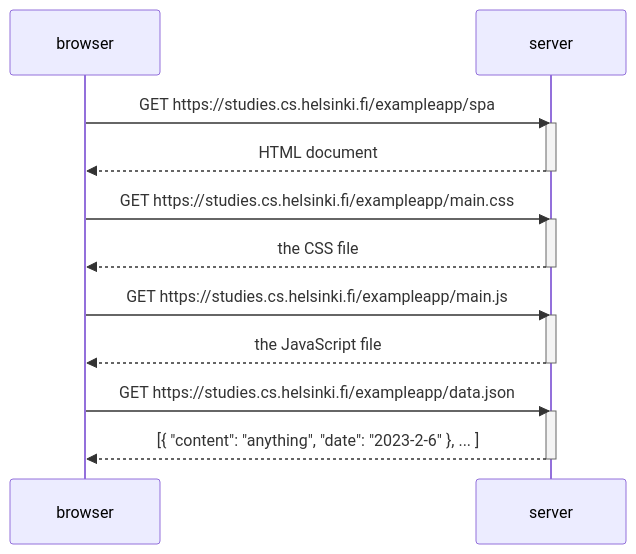
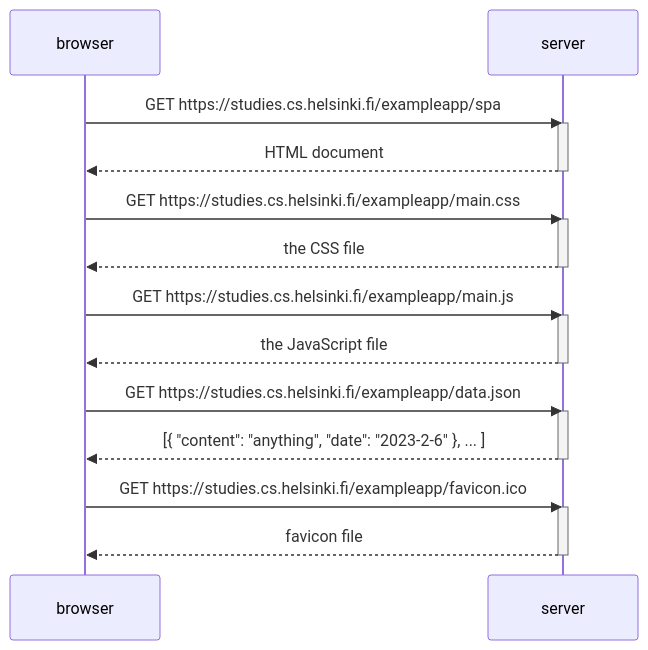
The diagram in Part0/exerxise 0.5/README.md (Nadim-2022/Full-Stack-Web-Development), drawn with Mermaid before and after one commit. The commit also changed other lines of this file, not shown here.

````diff
--- a/Part0/exerxise 0.5/README.md
+++ b/Part0/exerxise 0.5/README.md
@@ -32,25 +37,30 @@
 ```mermaid
 sequenceDiagram
     participant browser
     participant server
     
     browser->>server: GET https://studies.cs.helsinki.fi/exampleapp/spa
     activate server
     server-->>browser: HTML document
     deactivate server
 
     browser->>server: GET https://studies.cs.helsinki.fi/exampleapp/main.css
     activate server
     server-->>browser: the CSS file
     deactivate server
 
     browser->>server: GET https://studies.cs.helsinki.fi/exampleapp/main.js
     activate server
     server-->>browser: the JavaScript file
     deactivate server
     
     browser->>server: GET https://studies.cs.helsinki.fi/exampleapp/data.json
     activate server
     server-->>browser: [{ "content": "anything", "date": "2023-2-6" }, ... ]
     deactivate server
+    
+    browser->>server: GET https://studies.cs.helsinki.fi/exampleapp/favicon.ico
+    activate server
+    server-->>browser: favicon file
+    deactivate server
 ```
````
